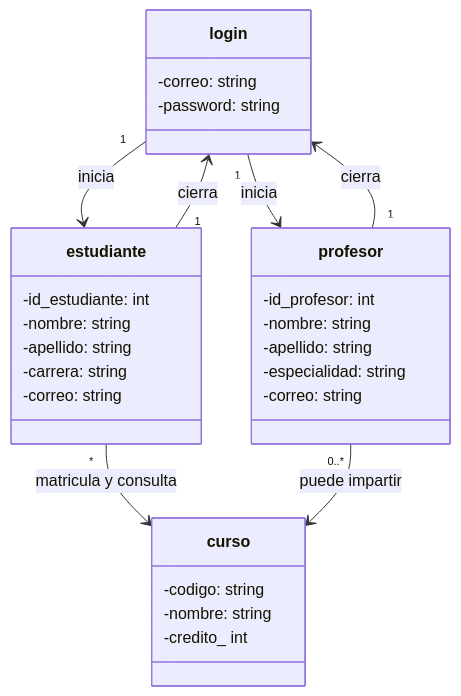
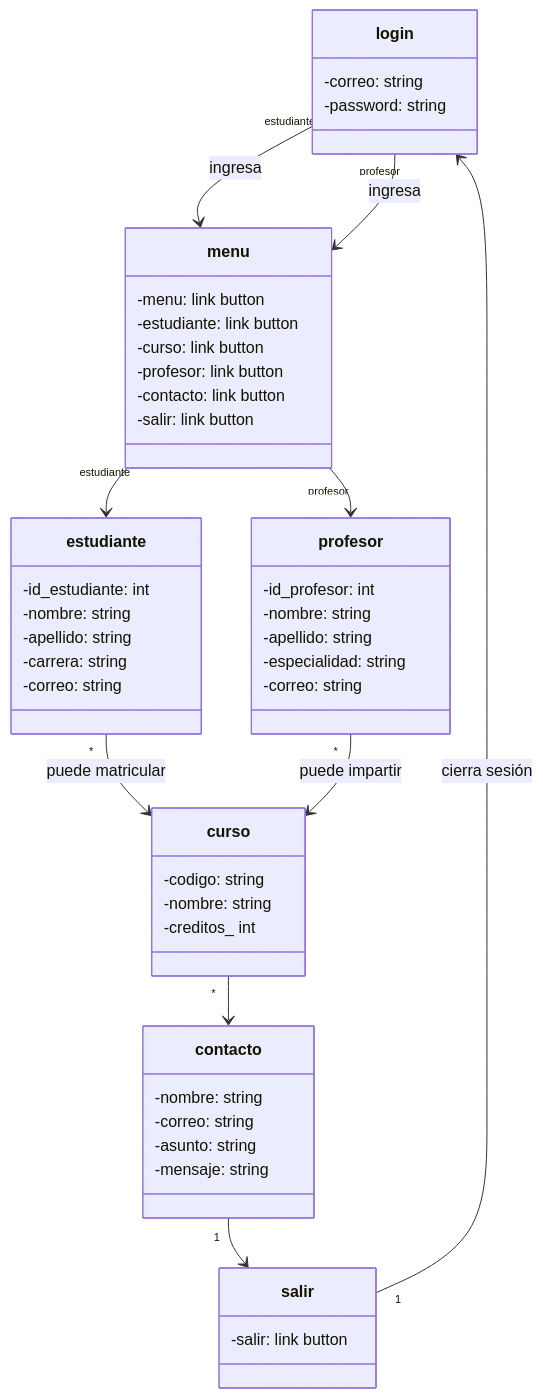
The diagram in Proyecto/images/Diagrama de proyecto.mmd (TOACR/Proyecto), drawn with Mermaid before and after one commit. The commit also changed other lines of this file and 5 other files, not shown here.

```diff
--- a/Proyecto/images/Diagrama de proyecto.mmd
+++ b/Proyecto/images/Diagrama de proyecto.mmd
@@ -1,34 +1,55 @@
 classDiagram
     class login {
         -correo: string
         -password: string
     }
 
+    class menu {
+        -menu:  link button
+        -estudiante: link button
+        -curso: link button
+        -profesor: link button
+        -contacto: link button
+        -salir: link button
+    }
     class estudiante {
         -id_estudiante: int
         -nombre: string
         -apellido: string
         -carrera: string
         -correo: string
     }
 
     class curso {
         -codigo: string
         -nombre: string
-        -credito_ int 
+        -creditos_ int 
     }
 
     class profesor {
         -id_profesor: int 
         -nombre: string
         -apellido: string
         -especialidad: string
         -correo: string
     }
 
-    login "1" --> estudiante: inicia
-    login "1" --> profesor: inicia
-    estudiante "*" --> curso: matricula y consulta
-    estudiante "1" --> login: cierra
-    profesor "1" --> login: cierra
-    profesor "0..*" --> curso: puede impartir
+    class contacto {
+        -nombre: string
+        -correo: string
+        -asunto: string
+        -mensaje: string
+    }
+    class salir{
+        -salir: link button
+    }
+
+    login "estudiante" --> menu: ingresa
+    login "profesor" --> menu: ingresa
+    menu "estudiante" --> estudiante
+    menu "profesor" --> profesor
+    estudiante "*" --> curso: puede matricular
+    profesor "*" --> curso: puede impartir
+    curso "*" --> contacto
+    contacto "1" --> salir
+    salir "1" --> login: cierra sesión
```
